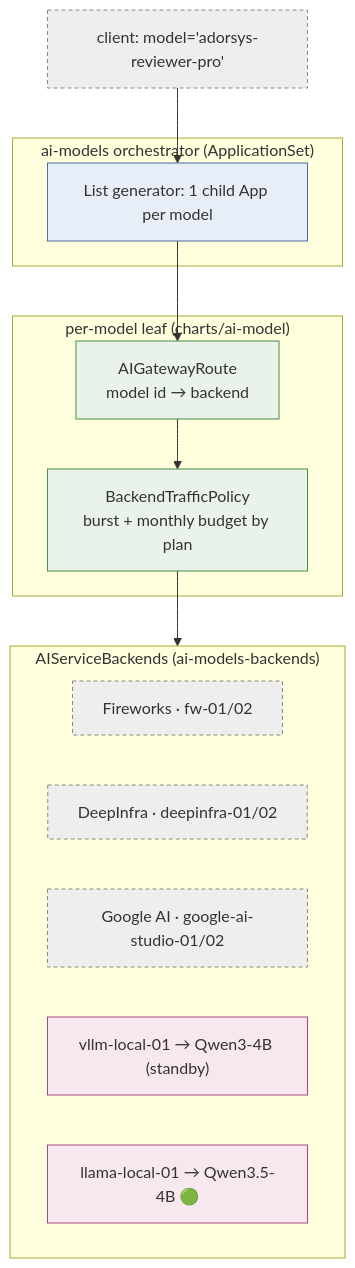
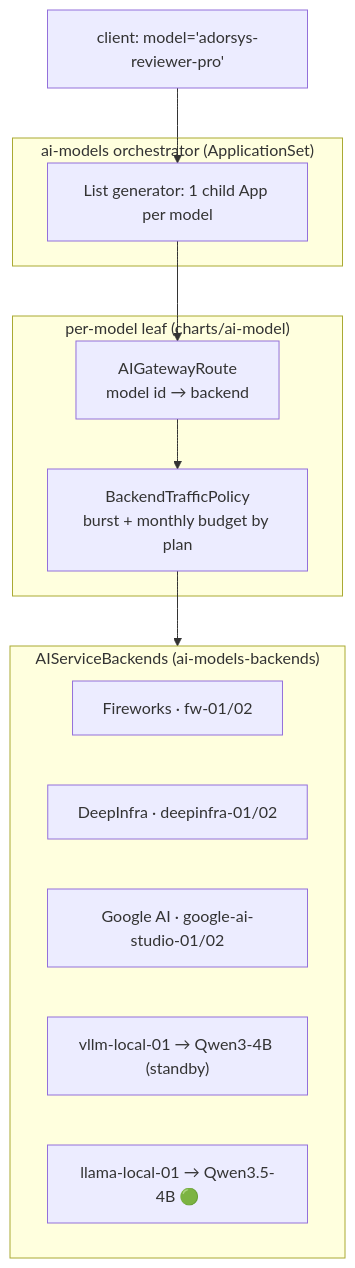
The first of 4 diagrams in docs/architecture/09-model-serving.md (ADORSYS-GIS/ai-helm), drawn with Mermaid before and after one commit. The commit also changed other lines of this file and 13 other files, not shown here.

First line of the commit message:
docs(architecture): uncolor all mermaid; refresh CD/components; add diagrams

````diff
--- a/docs/architecture/09-model-serving.md
+++ b/docs/architecture/09-model-serving.md
@@ -10,25 +10,21 @@
 ```mermaid
 flowchart TB
-    REQ["client: model='adorsys-reviewer-pro'"]:::ext
+    REQ["client: model='adorsys-reviewer-pro'"]
     subgraph orch["ai-models orchestrator (ApplicationSet)"]
-        AS["List generator: 1 child App per model"]:::ctrl
+        AS["List generator: 1 child App per model"]
     end
     subgraph leaf["per-model leaf (charts/ai-model)"]
-        ROUTE["AIGatewayRoute<br/>model id → backend"]:::own
-        BUDGET["BackendTrafficPolicy<br/>burst + monthly budget by plan"]:::own
+        ROUTE["AIGatewayRoute<br/>model id → backend"]
+        BUDGET["BackendTrafficPolicy<br/>burst + monthly budget by plan"]
     end
     subgraph backends["AIServiceBackends (ai-models-backends)"]
-        FW["Fireworks · fw-01/02"]:::ext
-        DI["DeepInfra · deepinfra-01/02"]:::ext
-        GA["Google AI · google-ai-studio-01/02"]:::ext
-        VL["vllm-local-01 → Qwen3-4B (standby)"]:::gpu
-        LL["llama-local-01 → Qwen3.5-4B 🟢"]:::gpu
+        FW["Fireworks · fw-01/02"]
+        DI["DeepInfra · deepinfra-01/02"]
+        GA["Google AI · google-ai-studio-01/02"]
+        VL["vllm-local-01 → Qwen3-4B (standby)"]
+        LL["llama-local-01 → Qwen3.5-4B 🟢"]
     end
 
     REQ --> AS --> ROUTE --> BUDGET --> backends
 
-    classDef own fill:#eaf3ea,stroke:#4a8a4a;
-    classDef ctrl fill:#e8eef7,stroke:#4a6fa5;
-    classDef ext fill:#eee,stroke:#888,stroke-dasharray:4 3;
-    classDef gpu fill:#f7e8f0,stroke:#a54a81;
 ```
````
